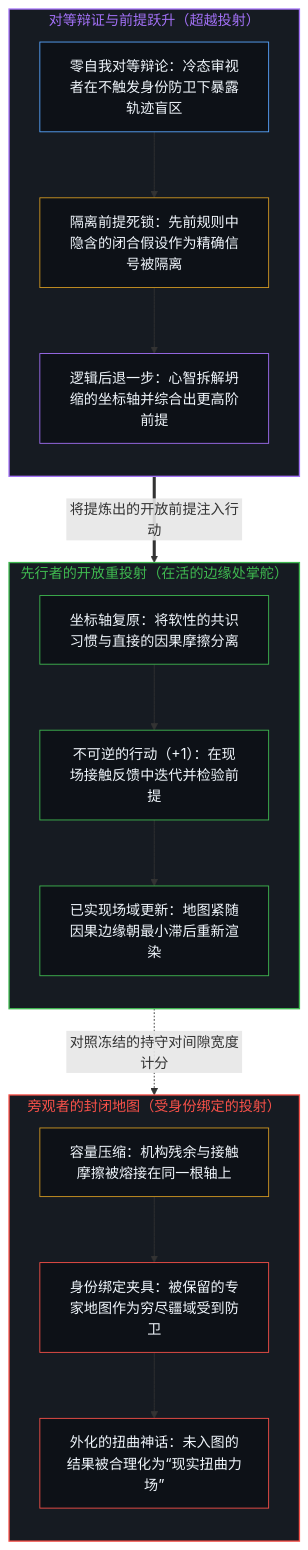
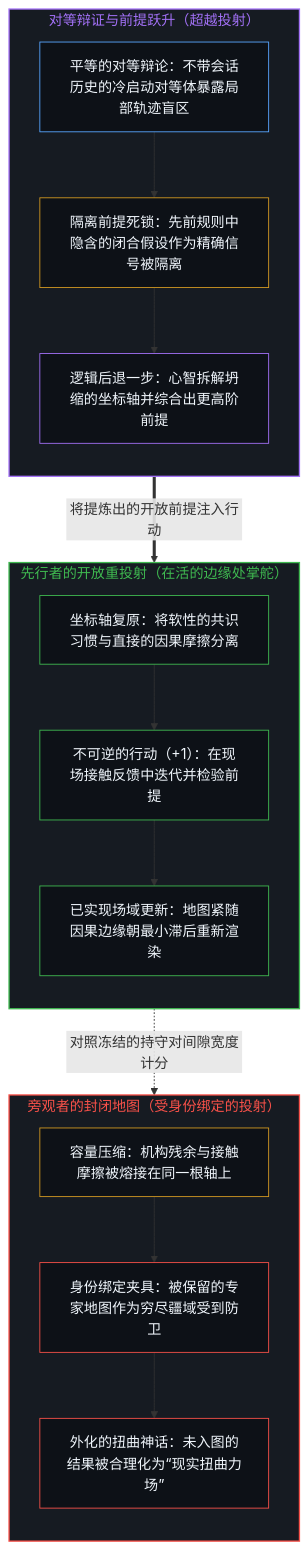
The first of 2 diagrams in content/posts/the-reality-distortion-field-names-the-closed-map.md (powerpig99/not-a-toe), drawn with Mermaid before and after one commit. The commit also changed other lines of this file and 1 other file, not shown here.

````diff
--- a/content/posts/the-reality-distortion-field-names-the-closed-map.md
+++ b/content/posts/the-reality-distortion-field-names-the-closed-map.md
@@ -49,42 +49,38 @@
 ```mermaid
 flowchart TD
     subgraph S_Closed["旁观者的封闭地图（受身份绑定的投射）"]
         direction TB
         C_Fuse["容量压缩：机构残余与接触摩擦被熔接在同一根轴上"]
         C_Defend["身份绑定夹具：被保留的专家地图作为穷尽疆域受到防卫"]
         C_Myth["外化的扭曲神话：未入图的结果被合理化为“现实扭曲力场”"]
         C_Fuse --> C_Defend --> C_Myth
     end
-
     subgraph S_Dialectics["对等辩证与前提跃升（超越投射）"]
         direction TB
-        D_Peer["零自我对等辩论：冷态审视者在不触发身份防卫下暴露轨迹盲区"]
+        D_Peer["平等的对等辩论：不带会话历史的冷启动对等体暴露局部轨迹盲区"]
         D_Deadlock["隔离前提死锁：先前规则中隐含的闭合假设作为精确信号被隔离"]
         D_StepBack["逻辑后退一步：心智拆解坍缩的坐标轴并综合出更高阶前提"]
         D_Peer --> D_Deadlock --> D_StepBack
     end
-
     subgraph S_Open["先行者的开放重投射（在活的边缘处掌舵）"]
         direction TB
         O_Split["坐标轴复原：将软性的共识习惯与直接的因果摩擦分离"]
         O_Test["不可逆的行动（+1）：在现场接触反馈中迭代并检验前提"]
         O_Update["已实现场域更新：地图紧随因果边缘朝最小滞后重新渲染"]
         O_Split --> O_Test --> O_Update
     end
-
     O_Update -.->|"对照冻结的持守对间隙宽度计分"| C_Defend
     D_StepBack ==>|"将提炼出的开放前提注入行动"| O_Split
-
     style S_Closed fill:#161b22,stroke:#f85149,stroke-width:1.5px,color:#f85149
     style S_Dialectics fill:#161b22,stroke:#a371f7,stroke-width:1.5px,color:#a371f7
     style S_Open fill:#161b22,stroke:#3fb950,stroke-width:1.5px,color:#3fb950
     style C_Fuse fill:#0d1117,stroke:#d29922,stroke-width:1px,color:#f0f6fc
     style C_Defend fill:#0d1117,stroke:#f85149,stroke-width:1px,color:#f0f6fc
     style C_Myth fill:#0d1117,stroke:#f85149,stroke-width:1px,color:#f0f6fc
     style D_Peer fill:#0d1117,stroke:#58a6ff,stroke-width:1px,color:#f0f6fc
     style D_Deadlock fill:#0d1117,stroke:#d29922,stroke-width:1px,color:#f0f6fc
     style D_StepBack fill:#0d1117,stroke:#a371f7,stroke-width:1px,color:#f0f6fc
     style O_Split fill:#0d1117,stroke:#3fb950,stroke-width:1px,color:#f0f6fc
     style O_Test fill:#0d1117,stroke:#3fb950,stroke-width:1px,color:#f0f6fc
     style O_Update fill:#0d1117,stroke:#3fb950,stroke-width:1px,color:#f0f6fc
 ```
````
